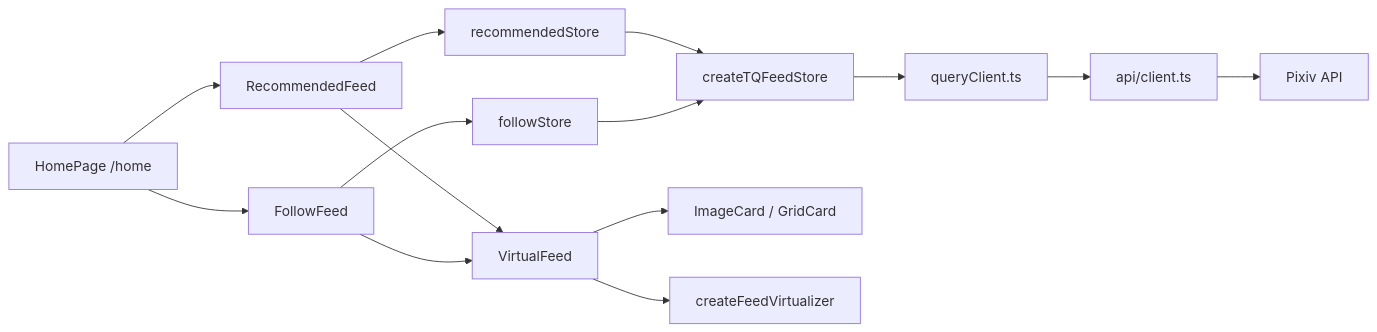
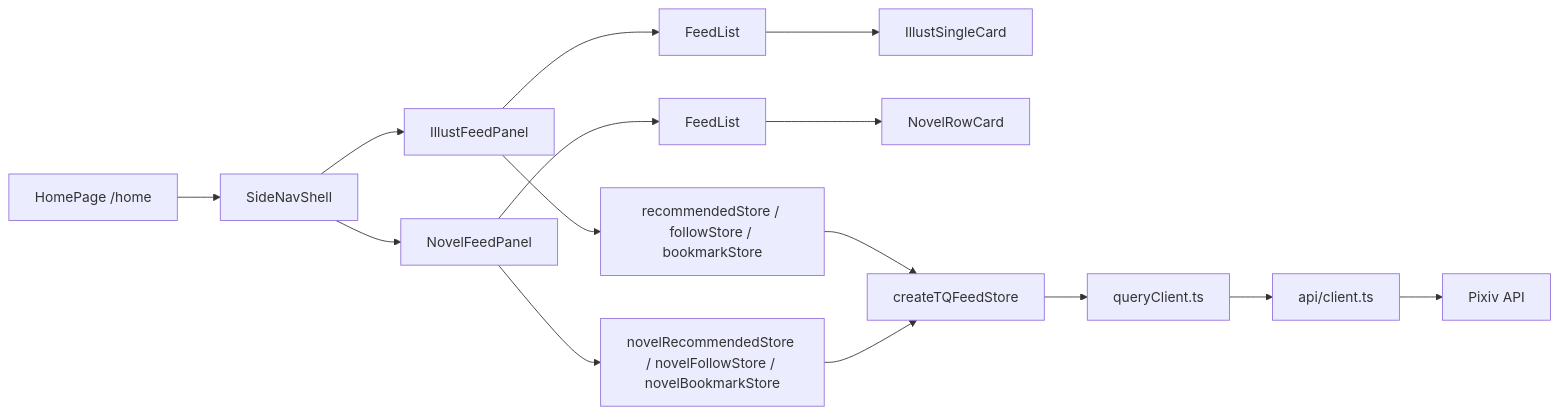
One commit to a1121611810/Pictelio changed the diagram in openwiki/domain/feed-and-browsing.md. Above: the diagram before and after it, drawn with Mermaid. The commit also changed other lines of this file and 7 other files, not shown here.

First line of the commit message:
docs(openwiki): 本地生成同步（HomePage 重构 / 小说阅读器 / app-lynx / 依赖升级）

````diff
--- a/openwiki/domain/feed-and-browsing.md
+++ b/openwiki/domain/feed-and-browsing.md
@@ -77,16 +79,17 @@
 ```mermaid
 flowchart LR
-    HP[HomePage /home] --> RF[RecommendedFeed]
-    HP --> FF[FollowFeed]
-    RF --> RS[recommendedStore]
-    FF --> FS[followStore]
+    HP[HomePage /home] --> SS[SideNavShell]
+    SS --> IP[IllustFeedPanel]
+    SS --> NP[NovelFeedPanel]
+    IP --> FL1[FeedList]
+    NP --> FL2[FeedList]
+    FL1 --> IC[IllustSingleCard]
+    FL2 --> NC[NovelRowCard]
+    IP --> RS[recommendedStore / followStore / bookmarkStore]
+    NP --> NS[novelRecommendedStore / novelFollowStore / novelBookmarkStore]
     RS --> TQ[createTQFeedStore]
-    FS --> TQ
+    NS --> TQ
     TQ --> QC[queryClient.ts]
     QC --> API[api/client.ts]
     API --> P[Pixiv API]
-    RF --> VF[VirtualFeed]
-    FF --> VF
-    VF --> IC[ImageCard / GridCard]
-    VF --> CFV[createFeedVirtualizer]
 ```
````
